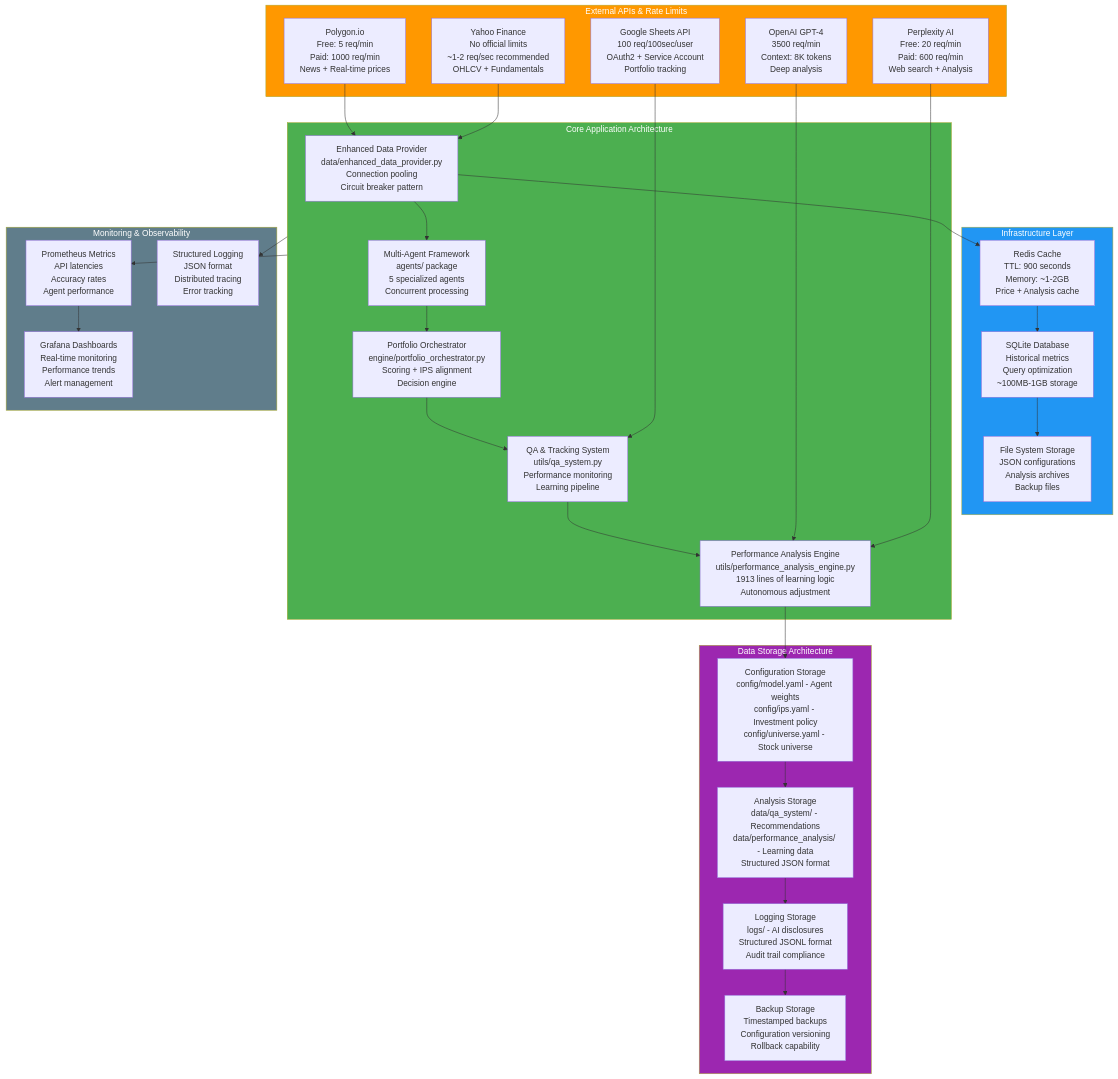
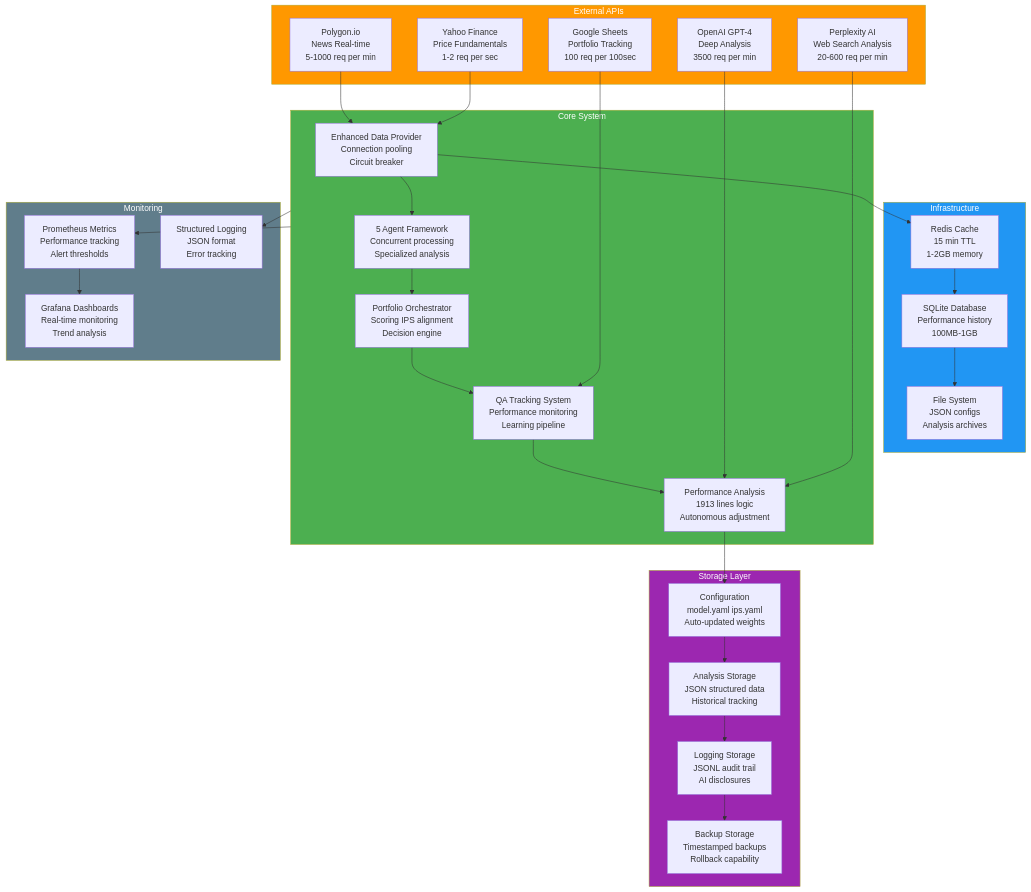
The fourth of 4 diagrams in SYSTEM_FLOW_DIAGRAMS_TECHNICAL.md (yaboibean2/Wharton), drawn with Mermaid before and after one commit. The commit also changed other lines of this file, not shown here.

First line of the commit message:
Add comprehensive technical system documentation

````diff
--- a/SYSTEM_FLOW_DIAGRAMS_TECHNICAL.md
+++ b/SYSTEM_FLOW_DIAGRAMS_TECHNICAL.md
@@ -653,56 +559,41 @@
 ```mermaid
 graph TB
-    subgraph External[External APIs & Rate Limits]
-        YF[Yahoo Finance<br/>No official limits<br/>~1-2 req/sec recommended<br/>OHLCV + Fundamentals]
-        
-        Polygon[Polygon.io<br/>Free: 5 req/min<br/>Paid: 1000 req/min<br/>News + Real-time prices]
-        
-        Perplexity[Perplexity AI<br/>Free: 20 req/min<br/>Paid: 600 req/min<br/>Web search + Analysis]
-        
-        OpenAI[OpenAI GPT-4<br/>3500 req/min<br/>Context: 8K tokens<br/>Deep analysis]
-        
-        Sheets[Google Sheets API<br/>100 req/100sec/user<br/>OAuth2 + Service Account<br/>Portfolio tracking]
+    subgraph External[External APIs]
+        YFinance[Yahoo Finance<br/>Price Fundamentals<br/>1-2 req per sec]
+        Polygon[Polygon.io<br/>News Real-time<br/>5-1000 req per min]
+        Perplexity[Perplexity AI<br/>Web Search Analysis<br/>20-600 req per min]
+        OpenAI[OpenAI GPT-4<br/>Deep Analysis<br/>3500 req per min]
+        Sheets[Google Sheets<br/>Portfolio Tracking<br/>100 req per 100sec]
     end
     
-    subgraph Infrastructure[Infrastructure Layer]
-        Redis[Redis Cache<br/>TTL: 900 seconds<br/>Memory: ~1-2GB<br/>Price + Analysis cache]
-        
-        SQLite[SQLite Database<br/>Historical metrics<br/>Query optimization<br/>~100MB-1GB storage]
-        
-        FileSystem[File System Storage<br/>JSON configurations<br/>Analysis archives<br/>Backup files]
+    subgraph Infrastructure[Infrastructure]
+        Redis[Redis Cache<br/>15 min TTL<br/>1-2GB memory]
+        SQLite[SQLite Database<br/>Performance history<br/>100MB-1GB]
+        FileSystem[File System<br/>JSON configs<br/>Analysis archives]
     end
     
-    subgraph Core[Core Application Architecture]
-        DataProvider[Enhanced Data Provider<br/>data/enhanced_data_provider.py<br/>Connection pooling<br/>Circuit breaker pattern]
-        
-        AgentFramework[Multi-Agent Framework<br/>agents/ package<br/>5 specialized agents<br/>Concurrent processing]
-        
-        Orchestrator[Portfolio Orchestrator<br/>engine/portfolio_orchestrator.py<br/>Scoring + IPS alignment<br/>Decision engine]
-        
-        QASystem[QA & Tracking System<br/>utils/qa_system.py<br/>Performance monitoring<br/>Learning pipeline]
-        
-        PerfEngine[Performance Analysis Engine<br/>utils/performance_analysis_engine.py<br/>1913 lines of learning logic<br/>Autonomous adjustment]
+    subgraph Core[Core System]
+        DataProvider[Enhanced Data Provider<br/>Connection pooling<br/>Circuit breaker]
+        AgentFramework[5 Agent Framework<br/>Concurrent processing<br/>Specialized analysis]
+        Orchestrator[Portfolio Orchestrator<br/>Scoring IPS alignment<br/>Decision engine]
+        QASystem[QA Tracking System<br/>Performance monitoring<br/>Learning pipeline]
+        PerfEngine[Performance Analysis<br/>1913 lines logic<br/>Autonomous adjustment]
     end
     
-    subgraph Storage[Data Storage Architecture]
-        ConfigStorage[Configuration Storage<br/>config/model.yaml - Agent weights<br/>config/ips.yaml - Investment policy<br/>config/universe.yaml - Stock universe]
-        
-        AnalysisStorage[Analysis Storage<br/>data/qa_system/ - Recommendations<br/>data/performance_analysis/ - Learning data<br/>Structured JSON format]
-        
-        LogStorage[Logging Storage<br/>logs/ - AI disclosures<br/>Structured JSONL format<br/>Audit trail compliance]
-        
-        BackupStorage[Backup Storage<br/>Timestamped backups<br/>Configuration versioning<br/>Rollback capability]
+    subgraph Storage[Storage Layer]
+        Config[Configuration<br/>model.yaml ips.yaml<br/>Auto-updated weights]
+        Analysis[Analysis Storage<br/>JSON structured data<br/>Historical tracking]
+        Logs[Logging Storage<br/>JSONL audit trail<br/>AI disclosures]
+        Backup[Backup Storage<br/>Timestamped backups<br/>Rollback capability]
     end
     
-    subgraph Monitoring[Monitoring & Observability]
-        Prometheus[Prometheus Metrics<br/>API latencies<br/>Accuracy rates<br/>Agent performance]
-        
-        Grafana[Grafana Dashboards<br/>Real-time monitoring<br/>Performance trends<br/>Alert management]
-        
-        StructuredLogs[Structured Logging<br/>JSON format<br/>Distributed tracing<br/>Error tracking]
+    subgraph Monitoring[Monitoring]
+        Prometheus[Prometheus Metrics<br/>Performance tracking<br/>Alert thresholds]
+        Grafana[Grafana Dashboards<br/>Real-time monitoring<br/>Trend analysis]
+        StructuredLogs[Structured Logging<br/>JSON format<br/>Error tracking]
     end
     
-    YF --> DataProvider
+    YFinance --> DataProvider
     Polygon --> DataProvider
     Perplexity --> PerfEngine
     OpenAI --> PerfEngine
@@ -710,19 +601,17 @@
     
     DataProvider --> Redis
     DataProvider --> AgentFramework
-    
     AgentFramework --> Orchestrator
     Orchestrator --> QASystem
     QASystem --> PerfEngine
     
-    PerfEngine --> ConfigStorage
-    
+    PerfEngine --> Config
     Redis --> SQLite
     SQLite --> FileSystem
     
-    ConfigStorage --> AnalysisStorage
-    AnalysisStorage --> LogStorage
-    LogStorage --> BackupStorage
+    Config --> Analysis
+    Analysis --> Logs
+    Logs --> Backup
     
     Core --> Prometheus
     Prometheus --> Grafana
````
